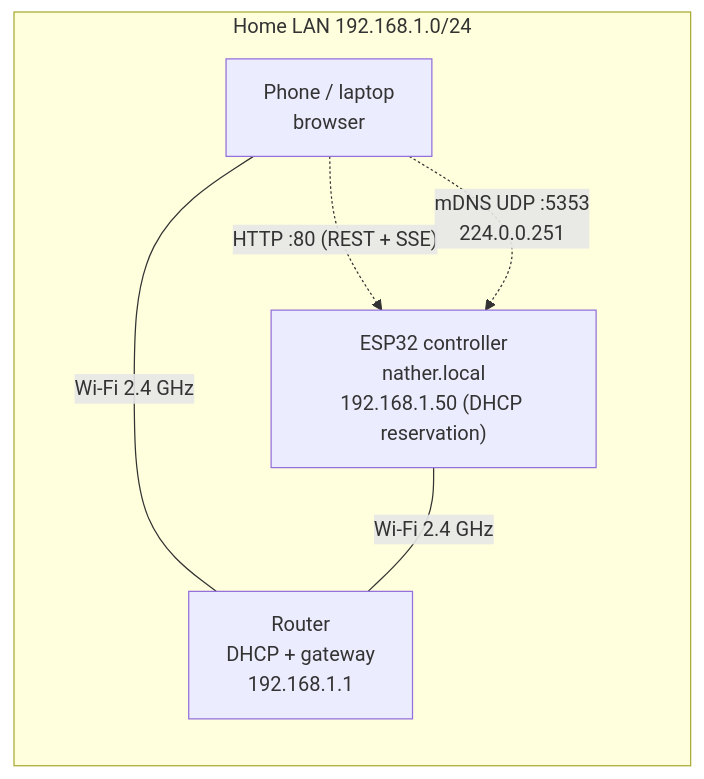
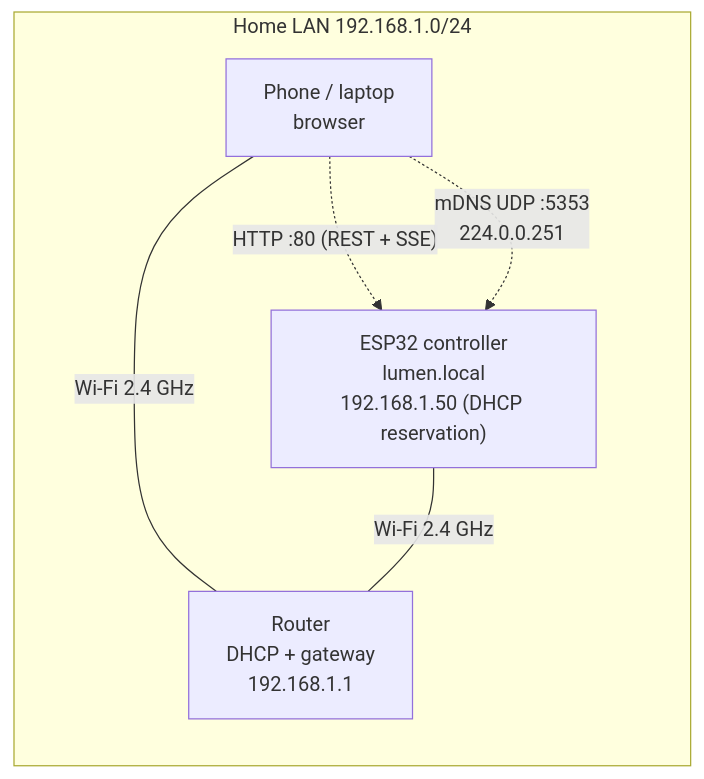
One commit to ayoubosa/lumen-smart-light changed the diagram in docs/NETWORK.md. Above: the diagram before and after it, drawn with Mermaid. The commit also changed other lines of this file and 25 other files, not shown here.

````diff
--- a/docs/NETWORK.md
+++ b/docs/NETWORK.md
@@ -8,12 +8,12 @@
 ```mermaid
 flowchart LR
   subgraph LAN["Home LAN 192.168.1.0/24"]
     R["Router<br/>DHCP + gateway<br/>192.168.1.1"]
-    ESP["ESP32 controller<br/>nather.local<br/>192.168.1.50 (DHCP reservation)"]
+    ESP["ESP32 controller<br/>lumen.local<br/>192.168.1.50 (DHCP reservation)"]
     P["Phone / laptop<br/>browser"]
   end
   P -- "Wi-Fi 2.4 GHz" --- R
   ESP -- "Wi-Fi 2.4 GHz" --- R
   P -. "HTTP :80 (REST + SSE)" .-> ESP
   P -. "mDNS UDP :5353<br/>224.0.0.251" .-> ESP
 ```
````
